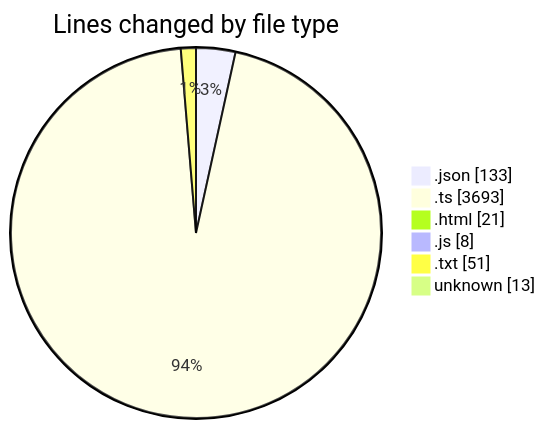
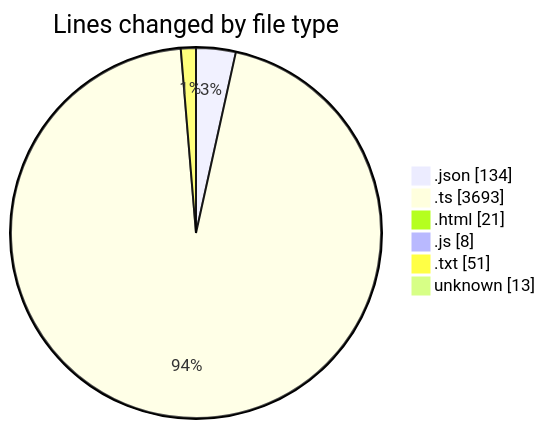
The first of 2 diagrams in 2026-02-02/singularitybrainai/README.md (tmsrecording-cyber/code-tracking), drawn with Mermaid before and after one commit. The commit also changed other lines of this file and 1 other file, not shown here.

````diff
--- a/2026-02-02/singularitybrainai/README.md
+++ b/2026-02-02/singularitybrainai/README.md
@@ -35,10 +35,10 @@
 ```mermaid
 pie showData
 title Lines changed by file type
-".json" : 133
+".json" : 134
 ".ts" : 3693
 ".html" : 21
 ".js" : 8
 ".txt" : 51
 "unknown" : 13
 ```
````
